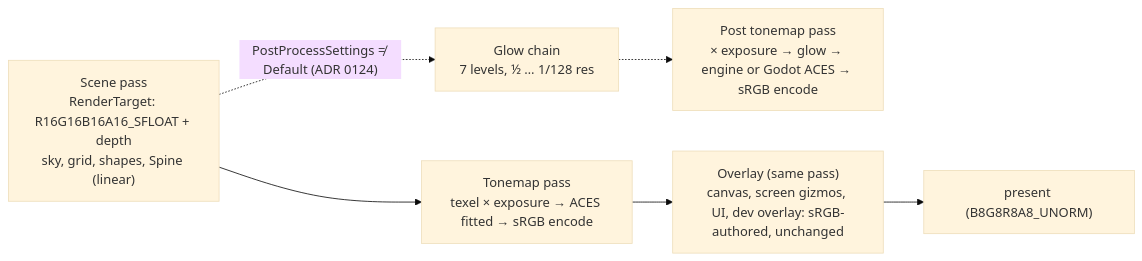
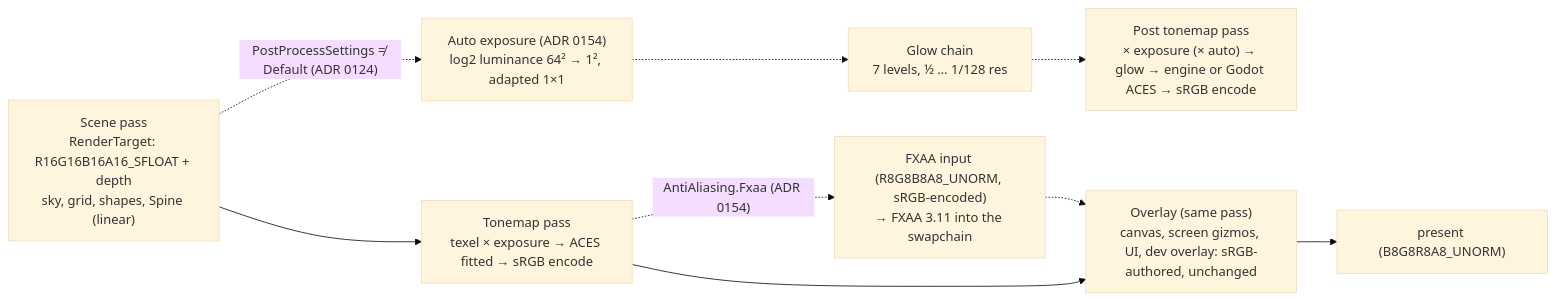
Before and after one commit to Mainframe-Games/mainframe-engine: the diagram in docs/design/color-pipeline.md, drawn with Mermaid (base theme). The commit also changed other lines of this file and 64 other files, not shown here.

First line of the commit message:
Rendering: physical sky, FXAA and auto exposure (ADR 0154)

````diff
--- a/docs/design/color-pipeline.md
+++ b/docs/design/color-pipeline.md
@@ -19,7 +19,8 @@
 ```mermaid
 flowchart LR
     S["Scene pass<br/>RenderTarget: R16G16B16A16_SFLOAT + depth<br/>sky, grid, shapes, Spine (linear)"] --> T["Tonemap pass<br/>texel × exposure → ACES fitted → sRGB encode"]
-    S -. "PostProcessSettings ≠ Default (ADR 0124)" .-> G["Glow chain<br/>7 levels, ½ … 1/128 res"] -.-> T2["Post tonemap pass<br/>× exposure → glow → engine or Godot ACES → sRGB encode"]
+    S -. "PostProcessSettings ≠ Default (ADR 0124)" .-> AE["Auto exposure (ADR 0154)<br/>log2 luminance 64² → 1², adapted 1×1"] -.-> G["Glow chain<br/>7 levels, ½ … 1/128 res"] -.-> T2["Post tonemap pass<br/>× exposure (× auto) → glow → engine or Godot ACES → sRGB encode"]
+    T -. "AntiAliasing.Fxaa (ADR 0154)" .-> F["FXAA input (R8G8B8A8_UNORM, sRGB-encoded)<br/>→ FXAA 3.11 into the swapchain"] -.-> O
     T --> O["Overlay (same pass)<br/>canvas, screen gizmos, UI, dev overlay: sRGB-authored, unchanged"]
     O --> P["present (B8G8R8A8_UNORM)"]
 ```
````
